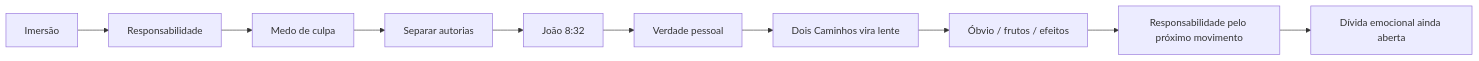
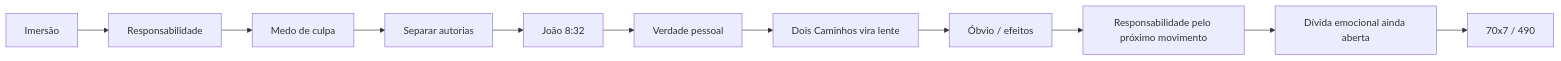
Before and after one commit to Sollimastudio/trilogia-sol-lima: the third of 6 diagrams in 01_MORTE_EM_VIDA/MAPA_VISUAL_PARTE_IV_ATUAL.md, drawn with Mermaid. The commit also changed other lines of this file, not shown here.

````diff
--- a/01_MORTE_EM_VIDA/MAPA_VISUAL_PARTE_IV_ATUAL.md
+++ b/01_MORTE_EM_VIDA/MAPA_VISUAL_PARTE_IV_ATUAL.md
@@ -30,12 +30,13 @@
 ```mermaid
 flowchart LR
 A[Imersão] --> B[Responsabilidade]
 B --> C[Medo de culpa]
 C --> D[Separar autorias]
 D --> E[João 8:32]
 E --> F[Verdade pessoal]
 F --> G[Dois Caminhos vira lente]
-G --> H[Óbvio / frutos / efeitos]
+G --> H[Óbvio / efeitos]
 H --> I[Responsabilidade pelo próximo movimento]
 I --> J[Dívida emocional ainda aberta]
+J --> K[70x7 / 490]
 ```
````
